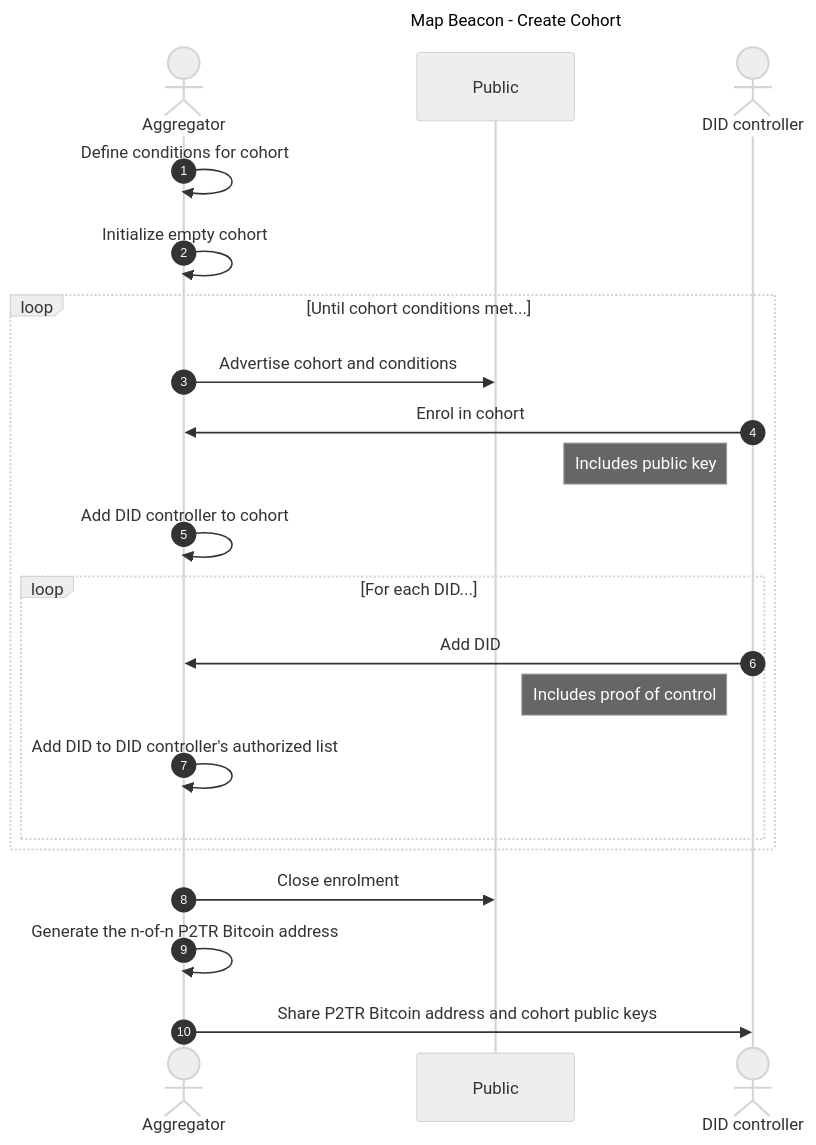
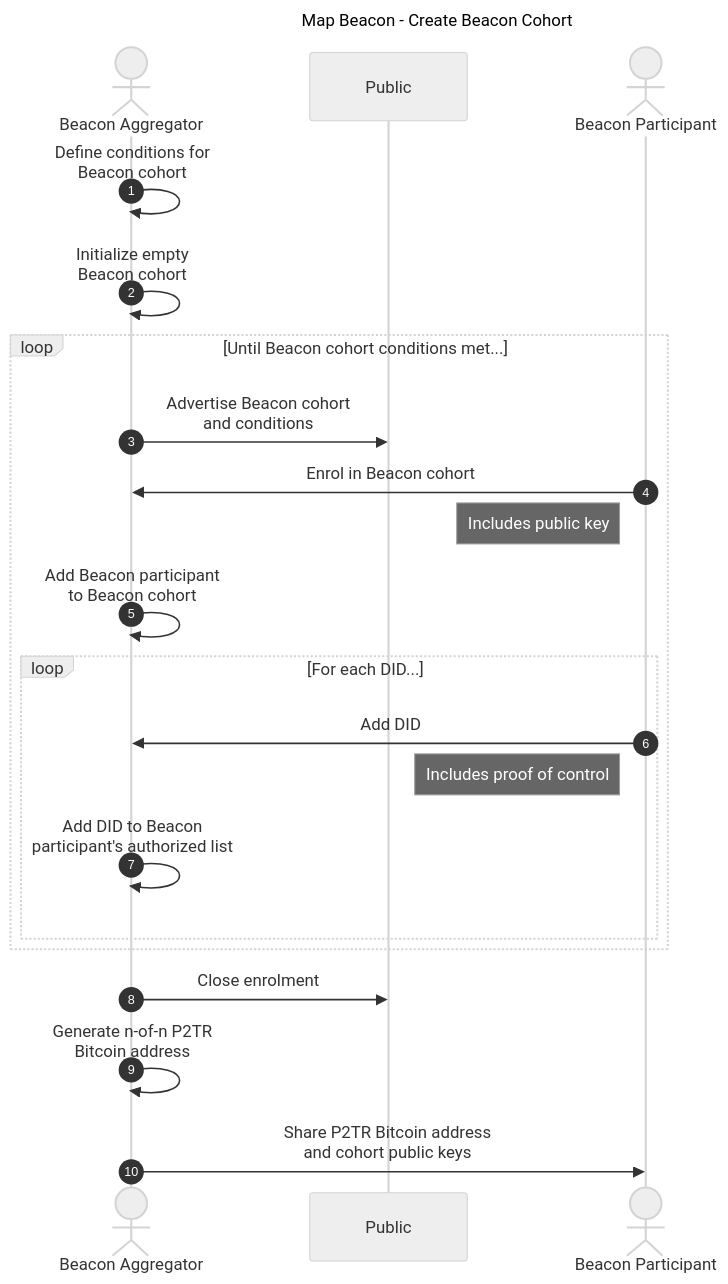
The first of 4 diagrams in chapters/Beacons.md (dcdpr/did-btc1), drawn with Mermaid (neutral theme) before and after one commit. The commit also changed other lines of this file, not shown here.

````diff
--- a/chapters/Beacons.md
+++ b/chapters/Beacons.md
@@ -121,29 +125,29 @@
 ```mermaid
 sequenceDiagram
     autonumber
-    title Map Beacon - Create Cohort
+    title Map Beacon - Create Beacon Cohort
 
-    actor A as Aggregator
+    actor A as Beacon Aggregator
     participant P as Public
-    actor C as DID controller
+    actor R as Beacon Participant
 
-    A ->> A: Define conditions for cohort
-    A ->> A: Initialize empty cohort
+    A ->> A: Define conditions for<br/>Beacon cohort
+    A ->> A: Initialize empty<br/>Beacon cohort
 
-    loop Until cohort conditions met...
-        A ->> P: Advertise cohort and conditions
-        C ->> A: Enrol in cohort
-        note left of C: Includes public key
-        A ->> A: Add DID controller to cohort
+    loop Until Beacon cohort conditions met...
+        A ->> P: Advertise Beacon cohort<br/>and conditions
+        R ->> A: Enrol in Beacon cohort
+        note left of R: Includes public key
+        A ->> A: Add Beacon participant<br/>to Beacon cohort
 
         loop For each DID...
-            C ->> A: Add DID
-            note left of C: Includes proof of control
-            A ->> A: Add DID to DID controller's authorized list
+            R ->> A: Add DID
+            note left of R: Includes proof of control
+            A ->> A: Add DID to Beacon<br/>participant's authorized list
         end
     end
 
     A ->> P: Close enrolment
-    A ->> A: Generate the n-of-n P2TR Bitcoin address
-    A ->> C: Share P2TR Bitcoin address and cohort public keys
+    A ->> A: Generate n-of-n P2TR<br/>Bitcoin address
+    A ->> R: Share P2TR Bitcoin address<br/>and cohort public keys
 ```
````
